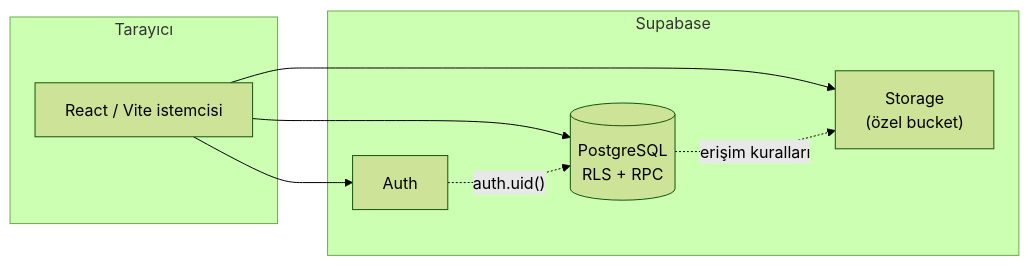
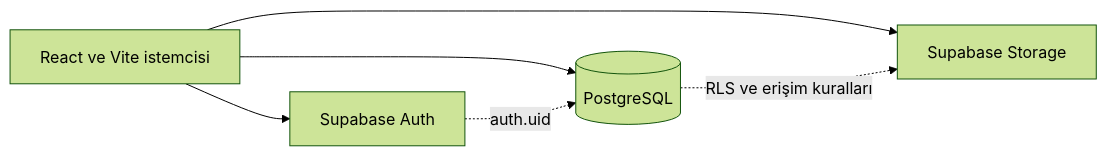
The second of 3 diagrams in README.md (selanurayaz/kirsaliz), drawn with Mermaid (forest theme) before and after one commit. The commit also changed other lines of this file, not shown here.

Commit message:
fix: correct README Mermaid diagrams

````diff
--- a/README.md
+++ b/README.md
@@ -122,16 +124,13 @@
 ```mermaid
 flowchart LR
-    subgraph Client["Tarayıcı"]
-        App["React / Vite istemcisi"]
-    end
-    subgraph Supabase["Supabase"]
-        Auth["Auth"]
-        DB[("PostgreSQL<br/>RLS + RPC")]
-        Storage["Storage<br/>(özel bucket)"]
-    end
+    App["React ve Vite istemcisi"]
+    Auth["Supabase Auth"]
+    DB[("PostgreSQL")]
+    Storage["Supabase Storage"]
+
     App --> Auth
     App --> DB
     App --> Storage
-    Auth -. "auth.uid()" .-> DB
-    DB -. "erişim kuralları" .-> Storage
+    Auth -.->|auth.uid| DB
+    DB -.->|RLS ve erişim kuralları| Storage
 ```
````
